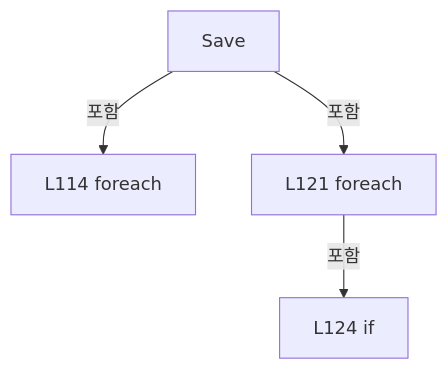
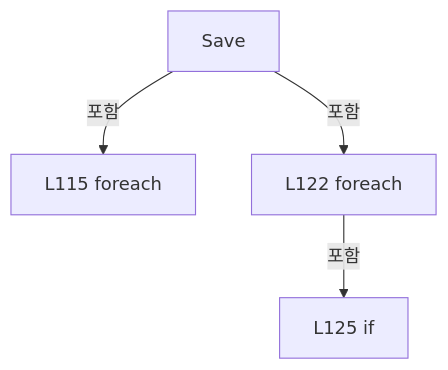
Before and after one commit to kjuws10-rgb/Shared: the first of 17 diagrams in A3 LD Code Ref/files/Drilling.File/JHMI/CSettingFile.cs.md, drawn with Mermaid. The commit also changed other lines of this file and 1984 other files, not shown here.

Commit message:
docs(a3): update 11.17.0 architecture and complete code reference

````diff
--- a/A3 LD Code Ref/files/Drilling.File/JHMI/CSettingFile.cs.md
+++ b/A3 LD Code Ref/files/Drilling.File/JHMI/CSettingFile.cs.md
@@ -407,10 +408,10 @@
 ```mermaid
 flowchart TD
  M["Save"]
- N0["L114 foreach"]
+ N0["L115 foreach"]
  M -->|포함| N0
- N1["L121 foreach"]
+ N1["L122 foreach"]
  M -->|포함| N1
- N2["L124 if"]
+ N2["L125 if"]
  N1 -->|포함| N2
 ```
````
